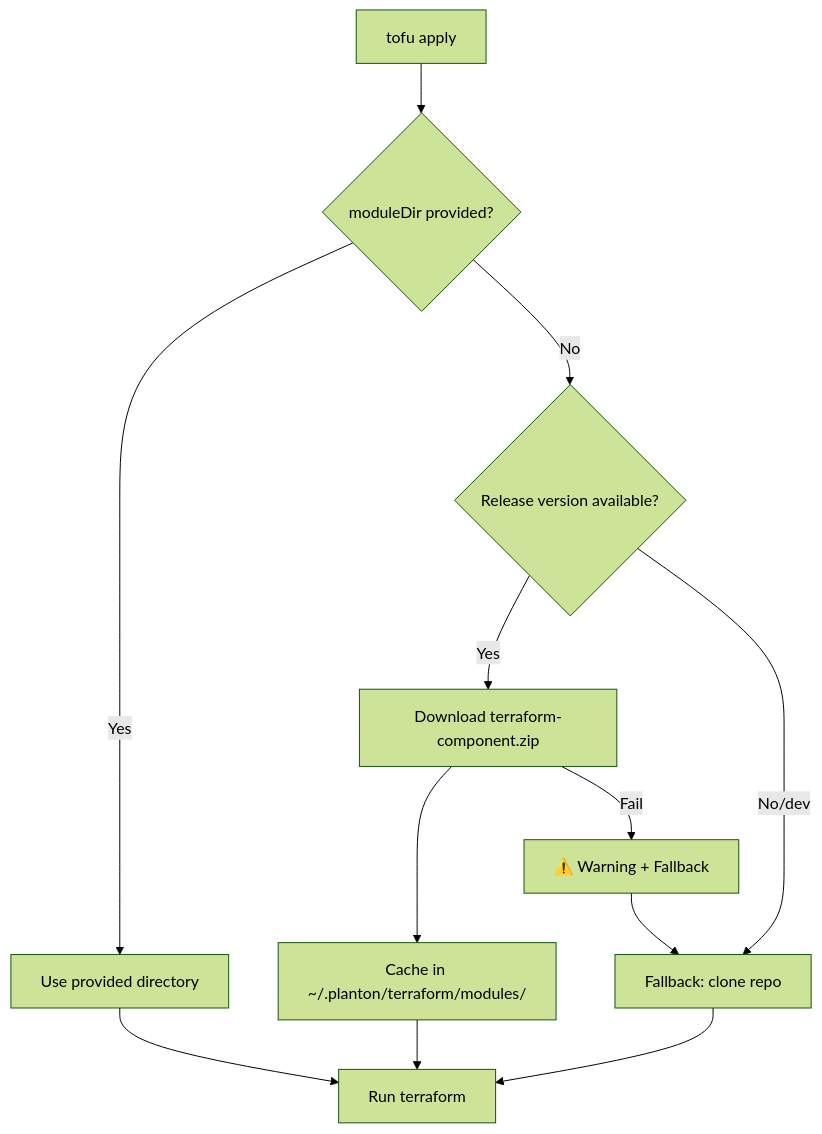
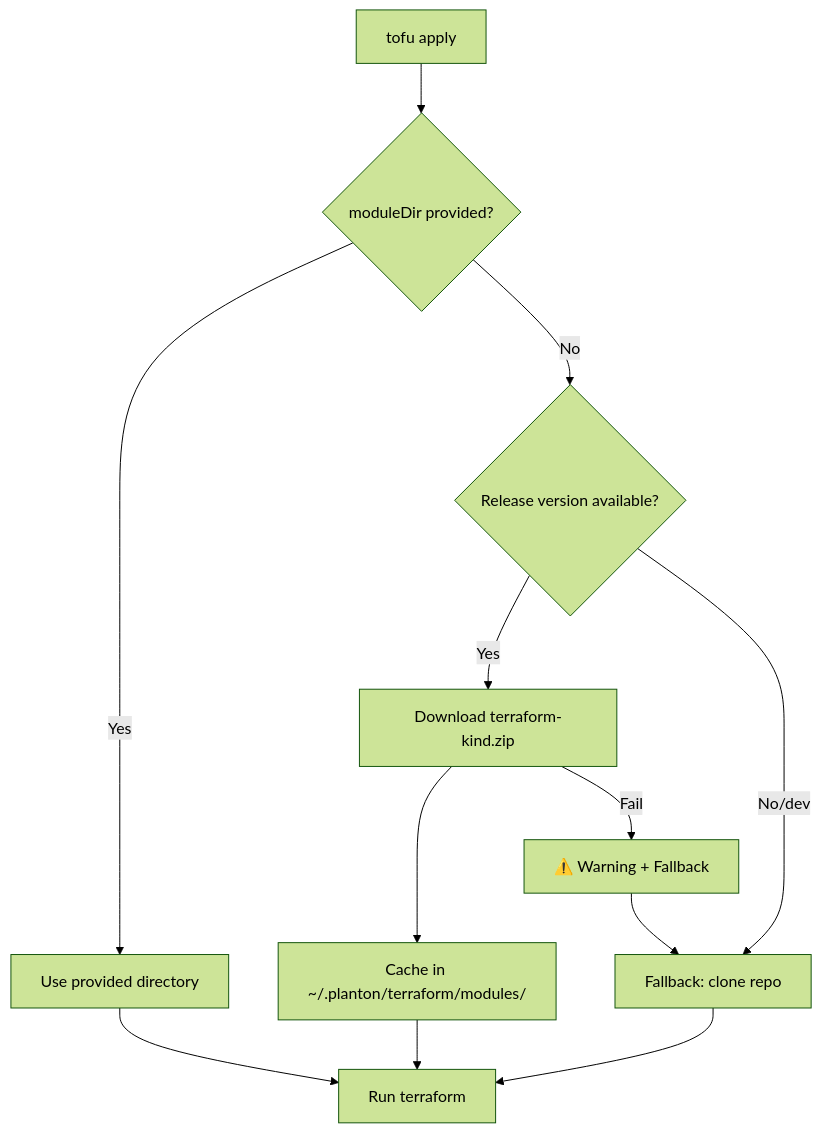
The diagram in _changelog/2026-01/2026-01-08-065403-terraform-module-zip-downloads-in-cli.md (plantonhq/planton), drawn with Mermaid (forest theme) before and after one commit. The commit also changed other lines of this file and 19058 other files, not shown here.

````diff
--- a/_changelog/2026-01/2026-01-08-065403-terraform-module-zip-downloads-in-cli.md
+++ b/_changelog/2026-01/2026-01-08-065403-terraform-module-zip-downloads-in-cli.md
@@ -31,14 +31,14 @@
 ```mermaid
 flowchart TB
     A["tofu apply"] --> B{moduleDir provided?}
     B -->|Yes| C[Use provided directory]
     B -->|No| D{Release version available?}
-    D -->|Yes| E[Download terraform-component.zip]
+    D -->|Yes| E[Download terraform-kind.zip]
     D -->|No/dev| F[Fallback: clone repo]
     E --> G["Cache in ~/.planton/terraform/modules/"]
     E -->|Fail| H["⚠️ Warning + Fallback"]
     H --> F
     G --> I[Run terraform]
     F --> I
     C --> I
 ```
````
